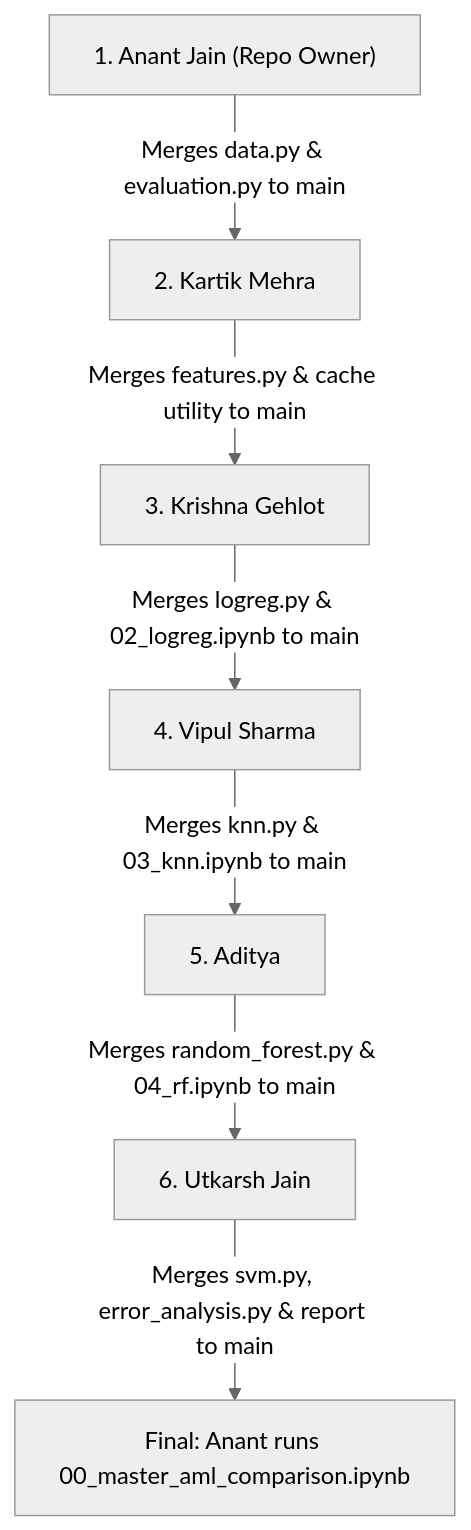
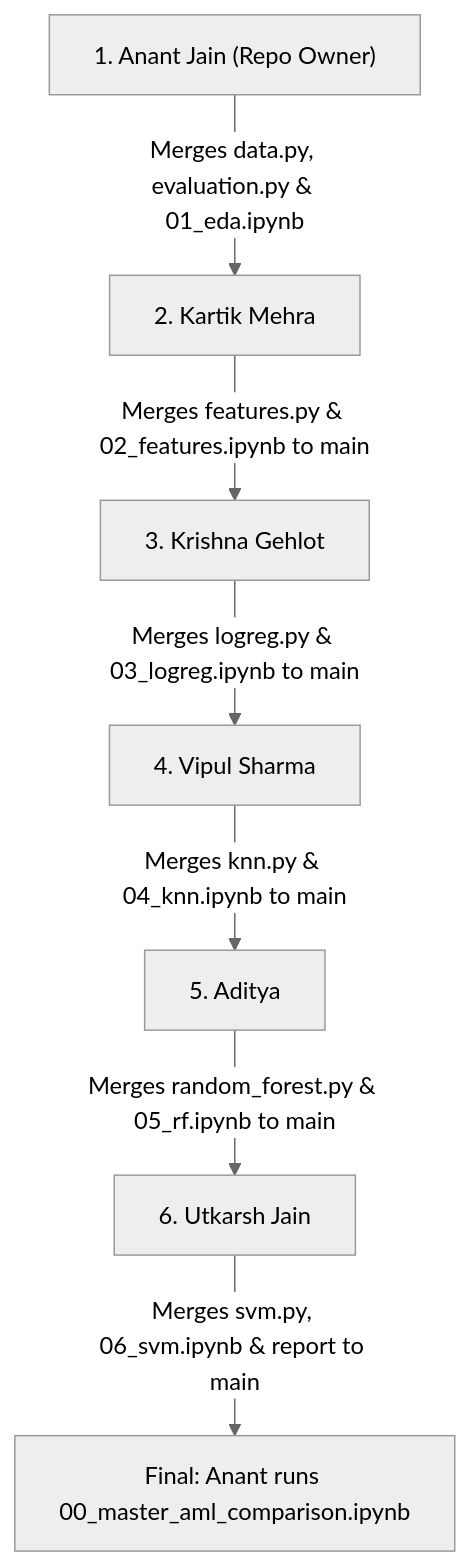
The diagram in README.md (UJ474/Image-Tagging), drawn with Mermaid (neutral theme) before and after one commit. The commit also changed other lines of this file and 23 other files, not shown here.

````diff
--- a/README.md
+++ b/README.md
@@ -43,9 +43,9 @@
 ```mermaid
 flowchart TD
-    S1["1. Anant Jain (Repo Owner)"] -->|Merges data.py & evaluation.py to main| S2["2. Kartik Mehra"]
-    S2 -->|Merges features.py & cache utility to main| S3["3. Krishna Gehlot"]
-    S3 -->|Merges logreg.py & 02_logreg.ipynb to main| S4["4. Vipul Sharma"]
-    S4 -->|Merges knn.py & 03_knn.ipynb to main| S5["5. Aditya"]
-    S5 -->|Merges random_forest.py & 04_rf.ipynb to main| S6["6. Utkarsh Jain"]
-    S6 -->|Merges svm.py, error_analysis.py & report to main| S7["Final: Anant runs 00_master_aml_comparison.ipynb"]
+    S1["1. Anant Jain (Repo Owner)"] -->|Merges data.py, evaluation.py & 01_eda.ipynb| S2["2. Kartik Mehra"]
+    S2 -->|Merges features.py & 02_features.ipynb to main| S3["3. Krishna Gehlot"]
+    S3 -->|Merges logreg.py & 03_logreg.ipynb to main| S4["4. Vipul Sharma"]
+    S4 -->|Merges knn.py & 04_knn.ipynb to main| S5["5. Aditya"]
+    S5 -->|Merges random_forest.py & 05_rf.ipynb to main| S6["6. Utkarsh Jain"]
+    S6 -->|Merges svm.py, 06_svm.ipynb & report to main| S7["Final: Anant runs 00_master_aml_comparison.ipynb"]
 ```
````
